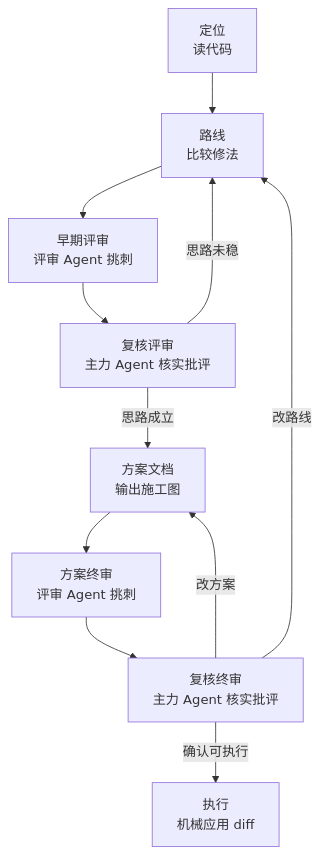
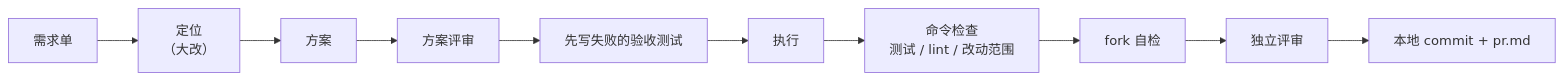
One commit to mafirs/evidence-first changed the diagram in README.zh-CN.md. Above: the diagram before and after it, drawn with Mermaid. The commit also changed other lines of this file and 106 other files, not shown here.

First line of the commit message:
feat!: replace the ef-* templates with the dev-flow skill

````diff
--- a/README.zh-CN.md
+++ b/README.zh-CN.md
@@ -89,13 +15,6 @@
 ```mermaid
-flowchart TD
-  A["定位\n读代码"] --> B["路线\n比较修法"]
-  B --> C["早期评审\n评审 Agent 挑刺"]
-  C --> D["复核评审\n主力 Agent 核实批评"]
-  D -->|思路未稳| B
-  D -->|思路成立| E["方案文档\n输出施工图"]
-  E --> F["方案终审\n评审 Agent 挑刺"]
-  F --> G["复核终审\n主力 Agent 核实批评"]
-  G -->|改方案| E
-  G -->|改路线| B
-  G -->|确认可执行| H["执行\n机械应用 diff"]
+flowchart LR
+  A["需求单"] --> B["定位<br>（大改）"] --> C["方案"] --> D["方案评审"]
+  D --> E["先写失败的验收测试"] --> F["执行"] --> G["命令检查<br>测试 / lint / 改动范围"]
+  G --> H["fork 自检"] --> I["独立评审"] --> J["本地 commit + pr.md"]
 ```
````
